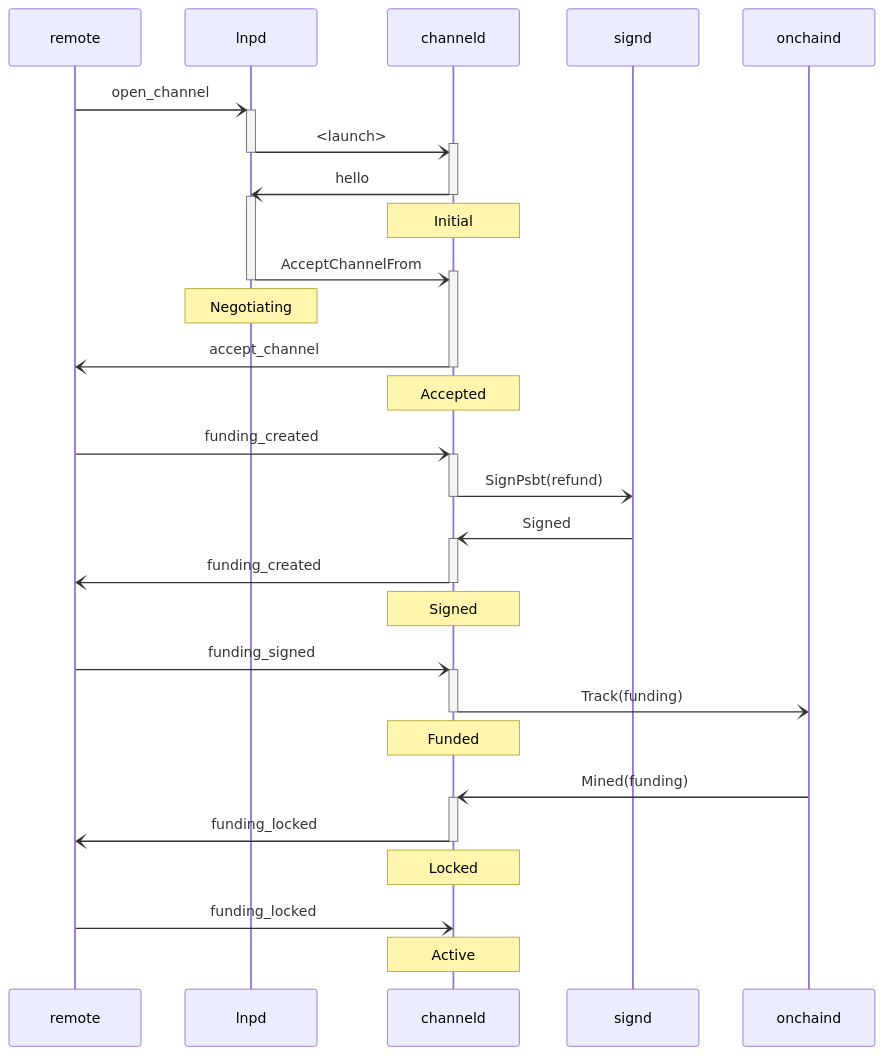
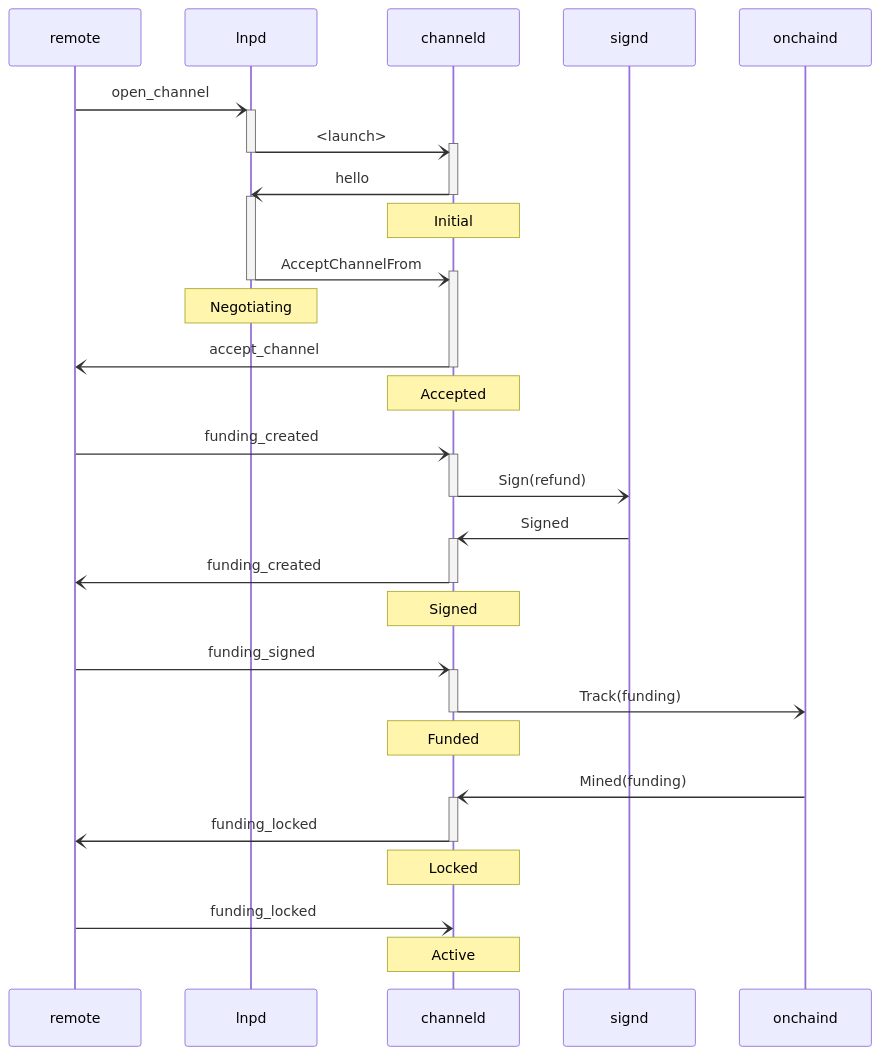
The diagram in doc/workflows/channel_accept.mmd (LNP-WG/lnp-node), drawn with Mermaid before and after one commit. The commit also changed 10 other files, not shown here.

```diff
--- a/doc/workflows/channel_accept.mmd
+++ b/doc/workflows/channel_accept.mmd
@@ -1,36 +1,36 @@
 sequenceDiagram
 
 participant remote
 participant lnpd
 participant channeld
 participant signd
 participant onchaind
 
 remote -) +lnpd: open_channel
 lnpd -) +channeld: <launch>
 deactivate lnpd
 channeld -) -lnpd: hello
 activate lnpd
 note over channeld: Initial
 lnpd -) +channeld: AcceptChannelFrom
 deactivate lnpd
 note over lnpd: Negotiating
 channeld -) -remote: accept_channel
 note over channeld: Accepted
 
 remote -) +channeld: funding_created
-channeld -) -signd: SignPsbt(refund)
+channeld -) -signd: Sign(refund)
 signd -) +channeld: Signed
 channeld -) -remote: funding_created
 note over channeld: Signed
 
 remote -) +channeld: funding_signed
 channeld -) -onchaind: Track(funding)
 note over channeld: Funded
 
 onchaind -) +channeld: Mined(funding)
 channeld -) -remote: funding_locked
 note over channeld: Locked
 
 remote -) channeld: funding_locked
 note over channeld: Active
```
